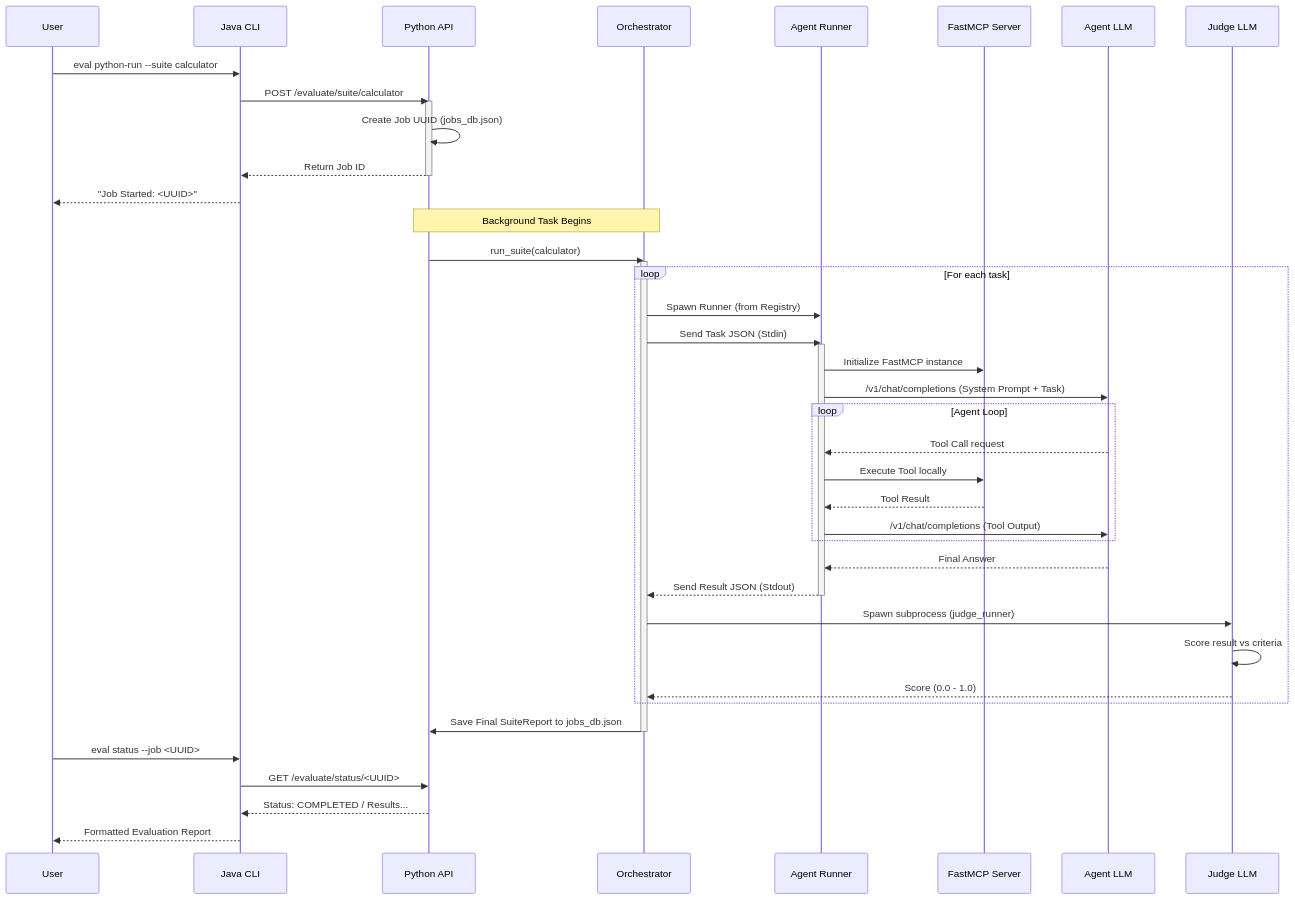
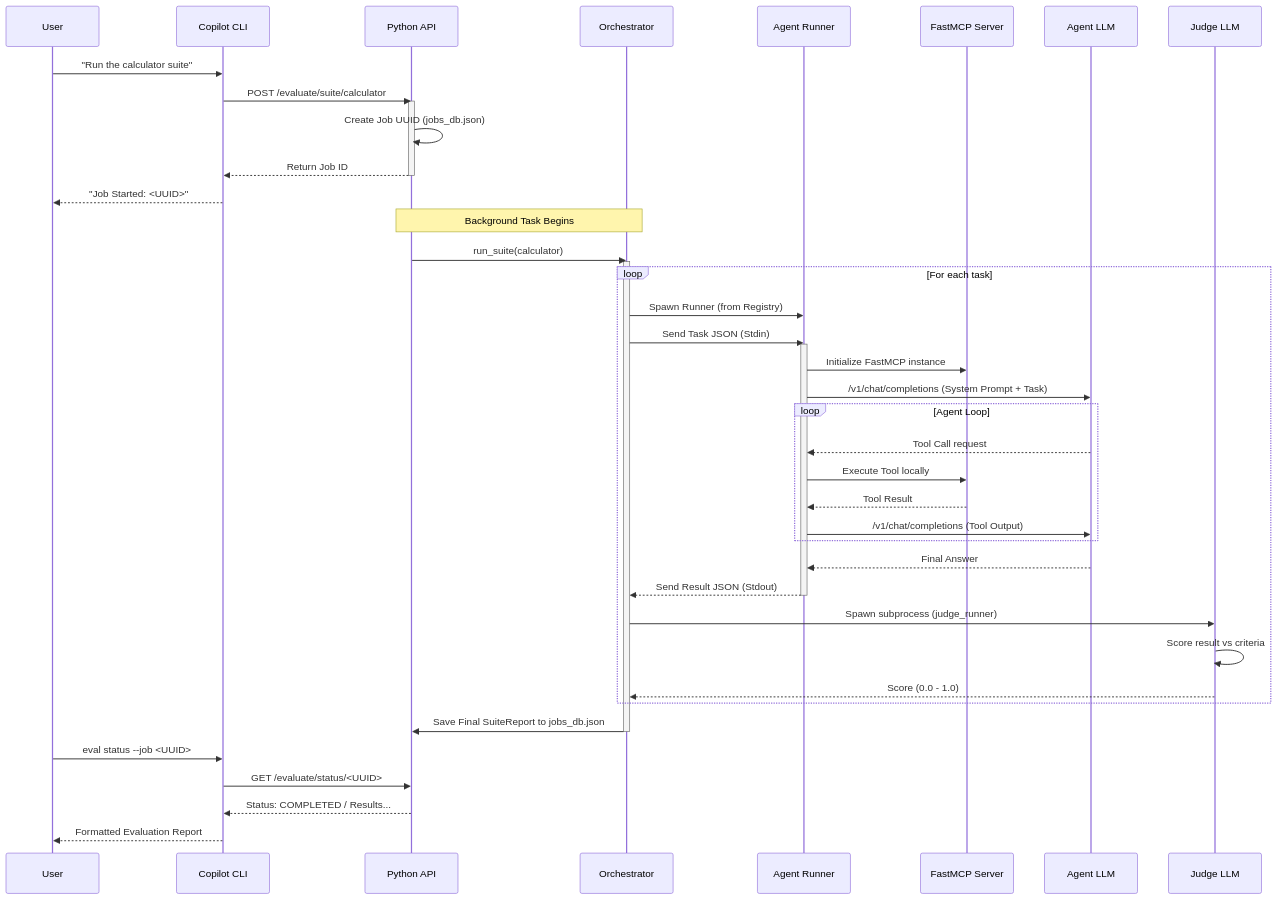
The second of 3 diagrams in docs/architecture.md (rvishravars/consequence), drawn with Mermaid before and after one commit. The commit also changed other lines of this file and 2 other files, not shown here.

Commit message:
docs: merge python-evaluator.md into README and remove legacy Java references

````diff
--- a/docs/architecture.md
+++ b/docs/architecture.md
@@ -42,54 +40,54 @@
 ```mermaid
 sequenceDiagram
     participant U as User
-    participant J as Java CLI
+    participant J as Copilot CLI
     participant P as Python API
     participant O as Orchestrator
     participant A as Agent Runner
     participant M as FastMCP Server
     participant L as Agent LLM
     participant JD as Judge LLM
 
-    U->>J: eval python-run --suite calculator
+    U->>J: "Run the calculator suite"
     J->>P: POST /evaluate/suite/calculator
     activate P
     P->>P: Create Job UUID (jobs_db.json)
     P-->>J: Return Job ID
     deactivate P
     J-->>U: "Job Started: <UUID>"
 
     Note over P,O: Background Task Begins
     P->>O: run_suite(calculator)
     activate O
     
     loop For each task
         O->>A: Spawn Runner (from Registry)
         O->>A: Send Task JSON (Stdin)
         activate A
         A->>M: Initialize FastMCP instance
         A->>L: /v1/chat/completions (System Prompt + Task)
         
         loop Agent Loop
             L-->>A: Tool Call request
             A->>M: Execute Tool locally
             M-->>A: Tool Result
             A->>L: /v1/chat/completions (Tool Output)
         end
         
         L-->>A: Final Answer
         A-->>O: Send Result JSON (Stdout)
         deactivate A
         
         O->>JD: Spawn subprocess (judge_runner)
         JD->>JD: Score result vs criteria
         JD-->>O: Score (0.0 - 1.0)
     end
     
     O->>P: Save Final SuiteReport to jobs_db.json
     deactivate O
     
     U->>J: eval status --job <UUID>
     J->>P: GET /evaluate/status/<UUID>
     P-->>J: Status: COMPLETED / Results...
     J-->>U: Formatted Evaluation Report
 ```
````
